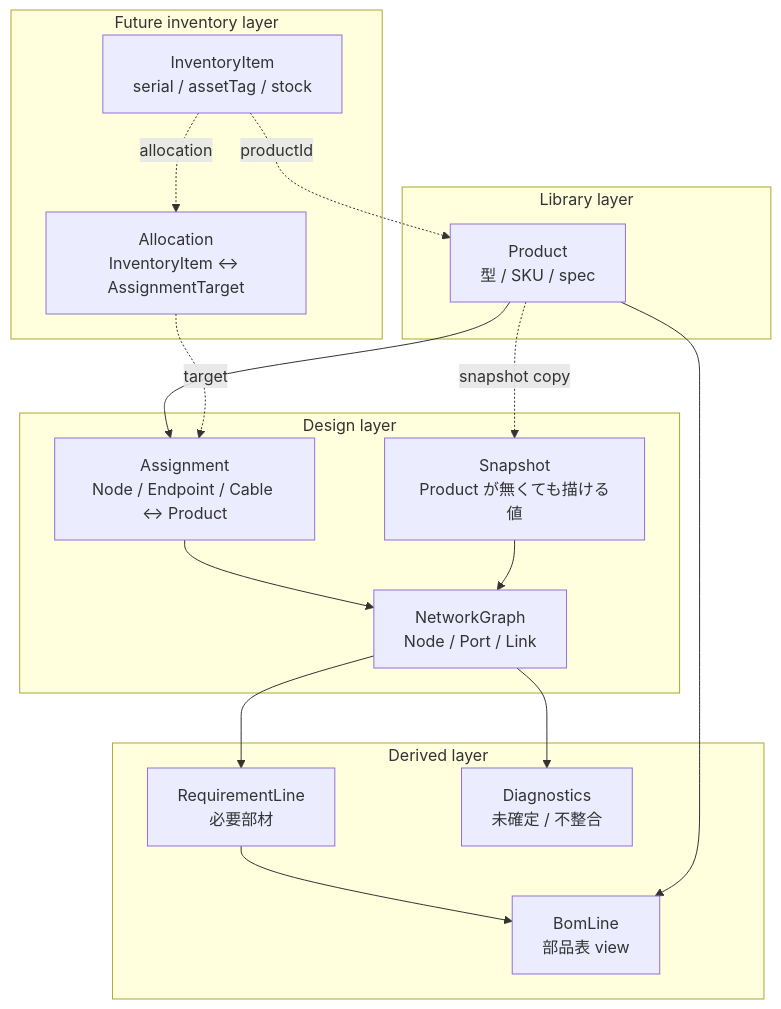
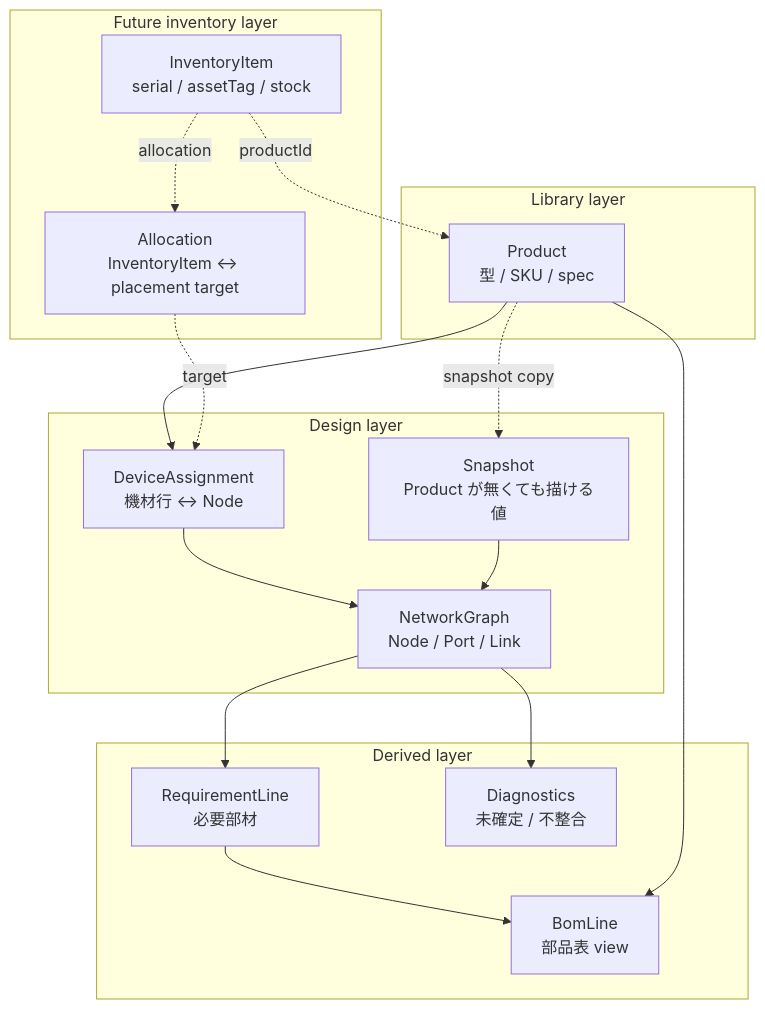
Before and after one commit to konoe-akitoshi/shumoku: the eighth of 11 diagrams in apps/editor/docs/project-workflow-model.md, drawn with Mermaid. The commit also changed other lines of this file and 1 other file, not shown here.

````diff
--- a/apps/editor/docs/project-workflow-model.md
+++ b/apps/editor/docs/project-workflow-model.md
@@ -250,36 +245,36 @@
 ```mermaid
 flowchart TB
   subgraph Library[Library layer]
     P[Product<br/>型 / SKU / spec]
   end
 
   subgraph Design[Design layer]
     G[NetworkGraph<br/>Node / Port / Link]
-    A[Assignment<br/>Node / Endpoint / Cable ↔ Product]
+    A[DeviceAssignment<br/>機材行 ↔ Node]
     S[Snapshot<br/>Product が無くても描ける値]
   end
 
   subgraph Derived[Derived layer]
     R[RequirementLine<br/>必要部材]
     B[BomLine<br/>部品表 view]
     V[Diagnostics<br/>未確定 / 不整合]
   end
 
   subgraph Future[Future inventory layer]
     I[InventoryItem<br/>serial / assetTag / stock]
-    AL[Allocation<br/>InventoryItem ↔ AssignmentTarget]
+    AL[Allocation<br/>InventoryItem ↔ placement target]
   end
 
   P --> A
   A --> G
   P -. snapshot copy .-> S
   S --> G
   G --> R
   R --> B
   G --> V
   P --> B
 
   I -. productId .-> P
   AL -. target .-> A
   I -. allocation .-> AL
 ```
````
